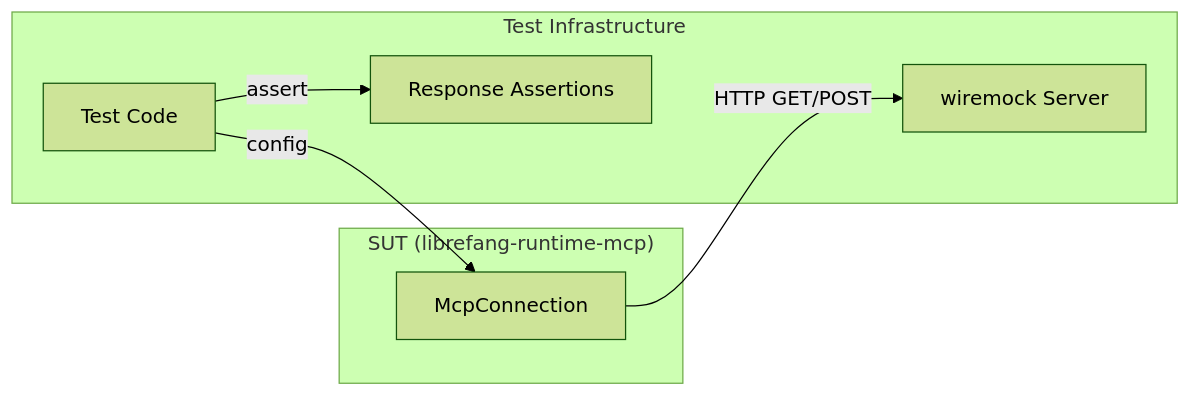
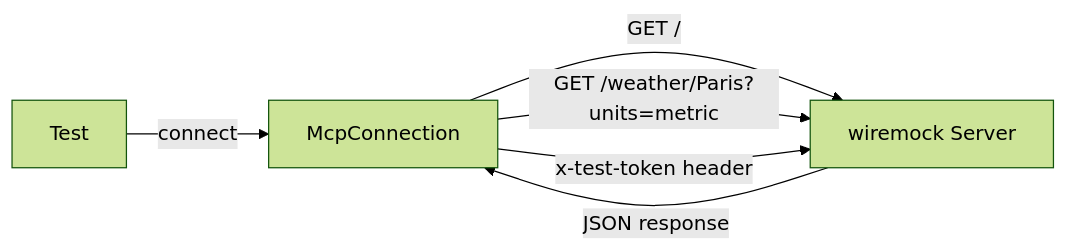
The diagram in other-librefang-runtime-mcp-tests.md (leszek3737/librefang-WIki), drawn with Mermaid (forest theme) before and after one commit. The commit also changed other lines of this file and 126 other files, not shown here.

````diff
--- a/other-librefang-runtime-mcp-tests.md
+++ b/other-librefang-runtime-mcp-tests.md
@@ -13,16 +21,8 @@
 ```mermaid
 graph LR
-    TC[Test Code] -->|config| MC[McpConnection]
-    MC -->|HTTP GET/POST| WM[wiremock Server]
-    TC -->|assert| R[Response Assertions]
-    
-    subgraph "SUT (librefang-runtime-mcp)"
-        MC
-    end
-    
-    subgraph "Test Infrastructure"
-        TC
-        WM
-        R
-    end
+    T[Test] -->|connect| C[McpConnection]
+    C -->|GET /| W[wiremock Server]
+    C -->|GET /weather/Paris?units=metric| W
+    C -->|x-test-token header| W
+    W -->|JSON response| C
 ```
````
